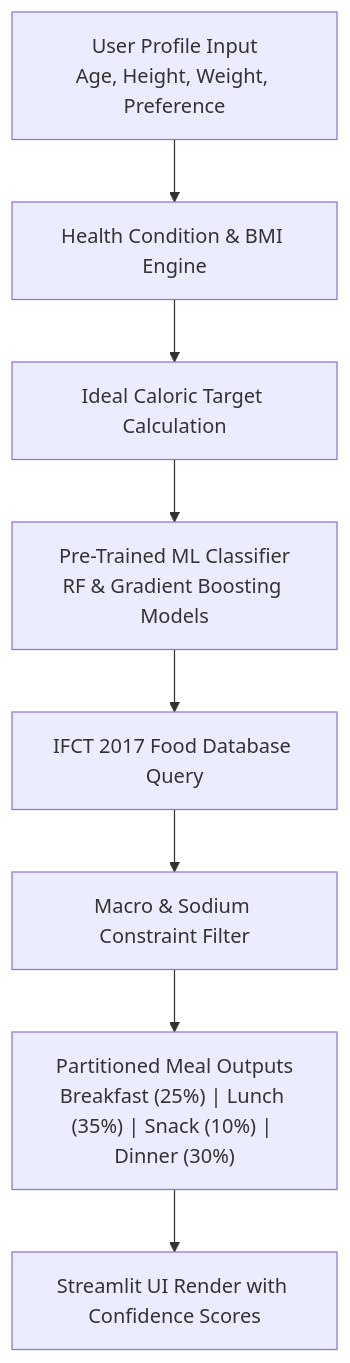
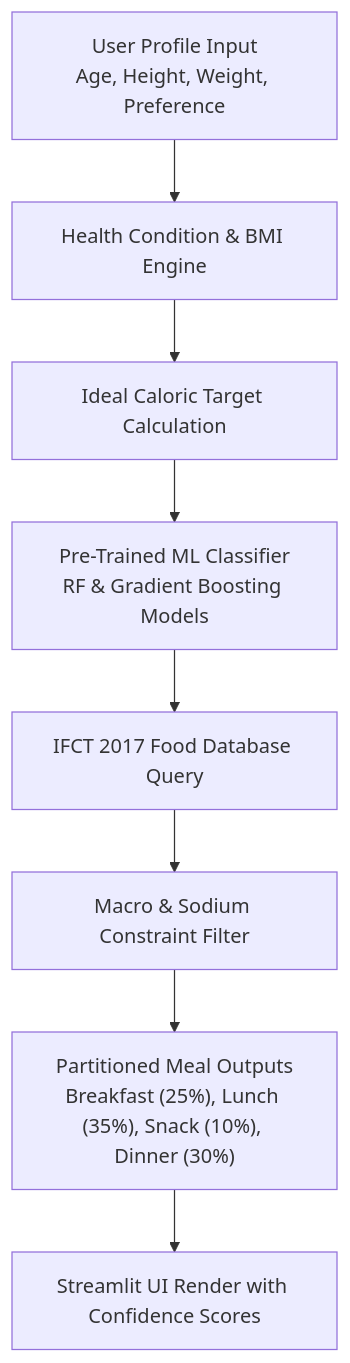
One commit to tarun05-design/smartdiet-recommendation-system changed the diagram in README.md. Above: the diagram before and after it, drawn with Mermaid.

Commit message:
fix: resolve GitHub Mermaid parser error in README diagram

````diff
--- a/README.md
+++ b/README.md
@@ -39,10 +39,10 @@
 ```mermaid
 flowchart TD
-    A[User Profile Input\nAge, Height, Weight, Preference] --> B[Health Condition & BMI Engine]
-    B --> C[Ideal Caloric Target Calculation]
-    C --> D[Pre-Trained ML Classifier\nRF & Gradient Boosting Models]
-    D --> E[IFCT 2017 Food Database Query]
-    E --> F[Macro & Sodium Constraint Filter]
-    F --> G["Partitioned Meal Outputs\nBreakfast (25%) | Lunch (35%) | Snack (10%) | Dinner (30%)"]
-    G --> H[Streamlit UI Render with Confidence Scores]
+    A["User Profile Input<br/>Age, Height, Weight, Preference"] --> B["Health Condition & BMI Engine"]
+    B --> C["Ideal Caloric Target Calculation"]
+    C --> D["Pre-Trained ML Classifier<br/>RF & Gradient Boosting Models"]
+    D --> E["IFCT 2017 Food Database Query"]
+    E --> F["Macro & Sodium Constraint Filter"]
+    F --> G["Partitioned Meal Outputs<br/>Breakfast (25%), Lunch (35%), Snack (10%), Dinner (30%)"]
+    G --> H["Streamlit UI Render with Confidence Scores"]
 ```
````
